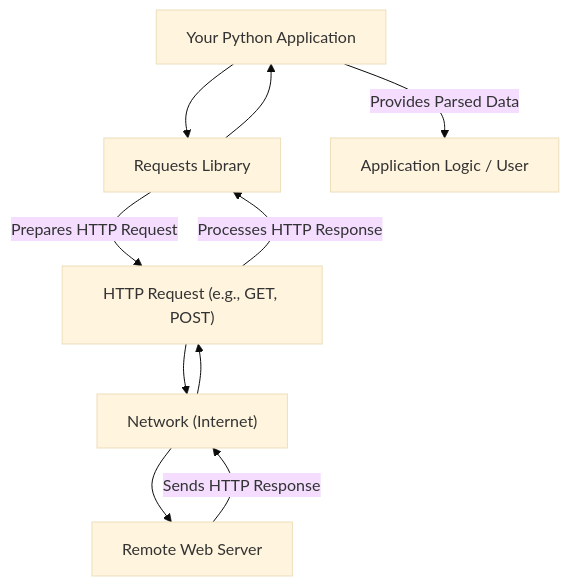
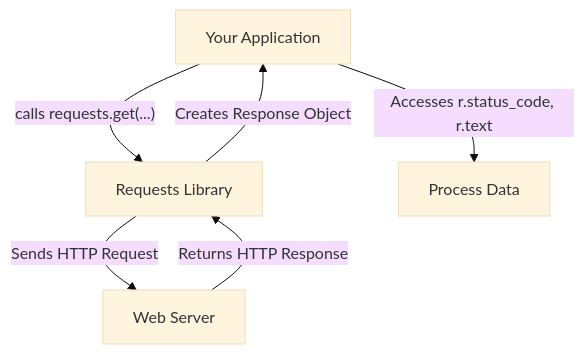
Before and after one commit to lban2049/requests: the diagram in .aigne/doc-smith/docs/overview.md, drawn with Mermaid (base theme). The commit also changed other lines of this file and 69 other files, not shown here.

````diff
--- a/.aigne/doc-smith/docs/overview.md
+++ b/.aigne/doc-smith/docs/overview.md
@@ -21,12 +29,8 @@
 ```mermaid
-graph TD
-    A["Your Python Application"] --> B["Requests Library"];
-    B -- "Prepares HTTP Request" --> C["HTTP Request (e.g., GET, POST)"];
-    C --> D["Network (Internet)"];
-    D --> E["Remote Web Server"];
-    E -- "Sends HTTP Response" --> D;
-    D --> C;
-    C -- "Processes HTTP Response" --> B;
-    B --> A;
-    A -- "Provides Parsed Data" --> F["Application Logic / User"];
+flowchart TD
+    A["Your Application"] -- "calls requests.get(...)" --> B["Requests Library"];
+    B -- "Sends HTTP Request" --> C["Web Server"];
+    C -- "Returns HTTP Response" --> B;
+    B -- "Creates Response Object" --> A;
+    A -- "Accesses r.status_code, r.text" --> D["Process Data"];
 ```
````
